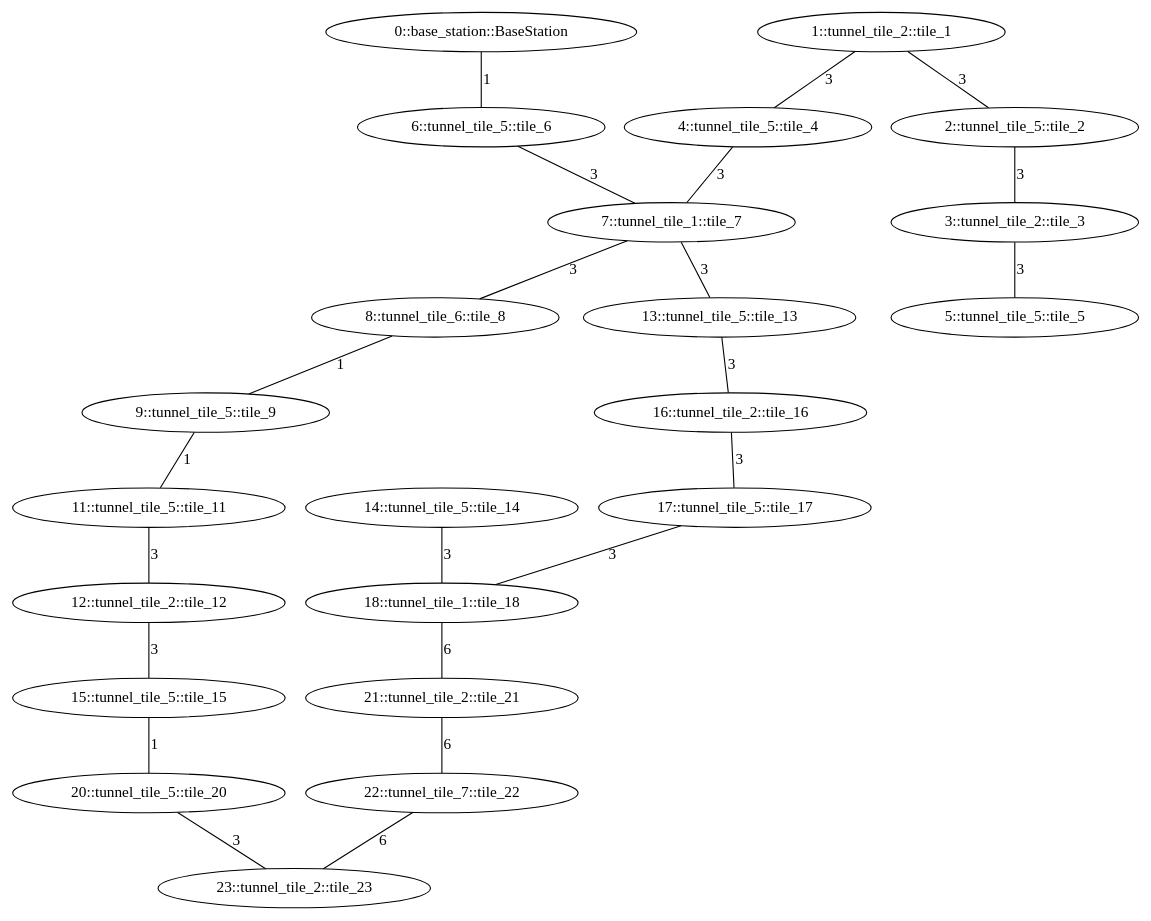
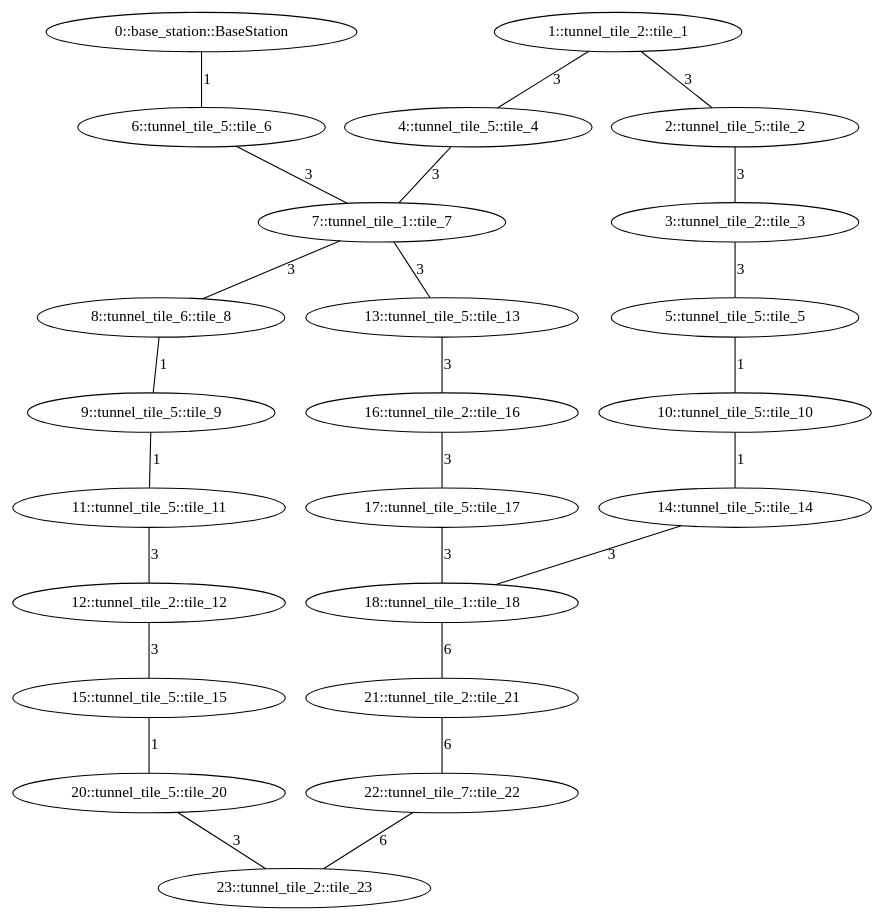
Before and after one commit to osrf/subt: the diagram in subt_ign/worlds/simple_tunnel_03.dot, drawn with Graphviz. The commit also changed 3 other files, not shown here.

```diff
--- a/subt_ign/worlds/simple_tunnel_03.dot
+++ b/subt_ign/worlds/simple_tunnel_03.dot
@@ -1,58 +1,61 @@
 /* Visibility graph for simple_tunnel_03.tsv */
 /* Generated with the tile_tsv.py script: */
 /*   tile_tsv.py simple_tunnel_03.tsv -\-y0 40 -\-graph-file simple_tunnel_03.dot -\-world-file simple_tunnel_03.sdf -\-world-name simple_tunnel_03 */
 
 graph {
   /* ==== Vertices ==== */
 
   /* Base station / Staging area */
   0   [label="0::base_station::BaseStation"];
 
   1   [label="1::tunnel_tile_2::tile_1"];
   2   [label="2::tunnel_tile_5::tile_2"];
   3   [label="3::tunnel_tile_2::tile_3"];
   4   [label="4::tunnel_tile_5::tile_4"];
   5   [label="5::tunnel_tile_5::tile_5"];
   6   [label="6::tunnel_tile_5::tile_6"];
   7   [label="7::tunnel_tile_1::tile_7"];
   8   [label="8::tunnel_tile_6::tile_8"];
   9   [label="9::tunnel_tile_5::tile_9"];
+  10  [label="10::tunnel_tile_5::tile_10"];
   11  [label="11::tunnel_tile_5::tile_11"];
   12  [label="12::tunnel_tile_2::tile_12"];
   13  [label="13::tunnel_tile_5::tile_13"];
   14  [label="14::tunnel_tile_5::tile_14"];
   15  [label="15::tunnel_tile_5::tile_15"];
   16  [label="16::tunnel_tile_2::tile_16"];
   17  [label="17::tunnel_tile_5::tile_17"];
   18  [label="18::tunnel_tile_1::tile_18"];
   20  [label="20::tunnel_tile_5::tile_20"];
   21  [label="21::tunnel_tile_2::tile_21"];
   22  [label="22::tunnel_tile_7::tile_22"];
   23  [label="23::tunnel_tile_2::tile_23"];
 
   /* ==== Edges ==== */
 
   /* Base station */
   0  -- 6   [label=1];
   1  -- 2   [label=3];
   1  -- 4   [label=3];
   2  -- 3   [label=3];
   3  -- 5   [label=3];
-  4  -- 7   [label=3];
-  6  -- 7   [label=3];
+  4  -- 7   [label=3];  /* Intersection */
+  6  -- 7   [label=3];  /* Intersection */
   7  -- 8   [label=3];  /* Intersection */
   7  -- 13  [label=3];  /* Intersection */
   8  -- 9   [label=1];
   9  -- 11  [label=1];
   11 -- 12  [label=3];
   12 -- 15  [label=3];
   13 -- 16  [label=3];
-  14 -- 18  [label=3];
+  14 -- 18  [label=3];  /* Intersection */
   15 -- 20  [label=1];
   16 -- 17  [label=3];
-  17 -- 18  [label=3];
+  17 -- 18  [label=3];  /* Intersection */
   18 -- 21  [label=6];  /* Intersection */
   20 -- 23  [label=3];
   21 -- 22  [label=6];
   22 -- 23  [label=6];
+  5  -- 10  [label=1];
+  10 -- 14  [label=1];
 }
```
